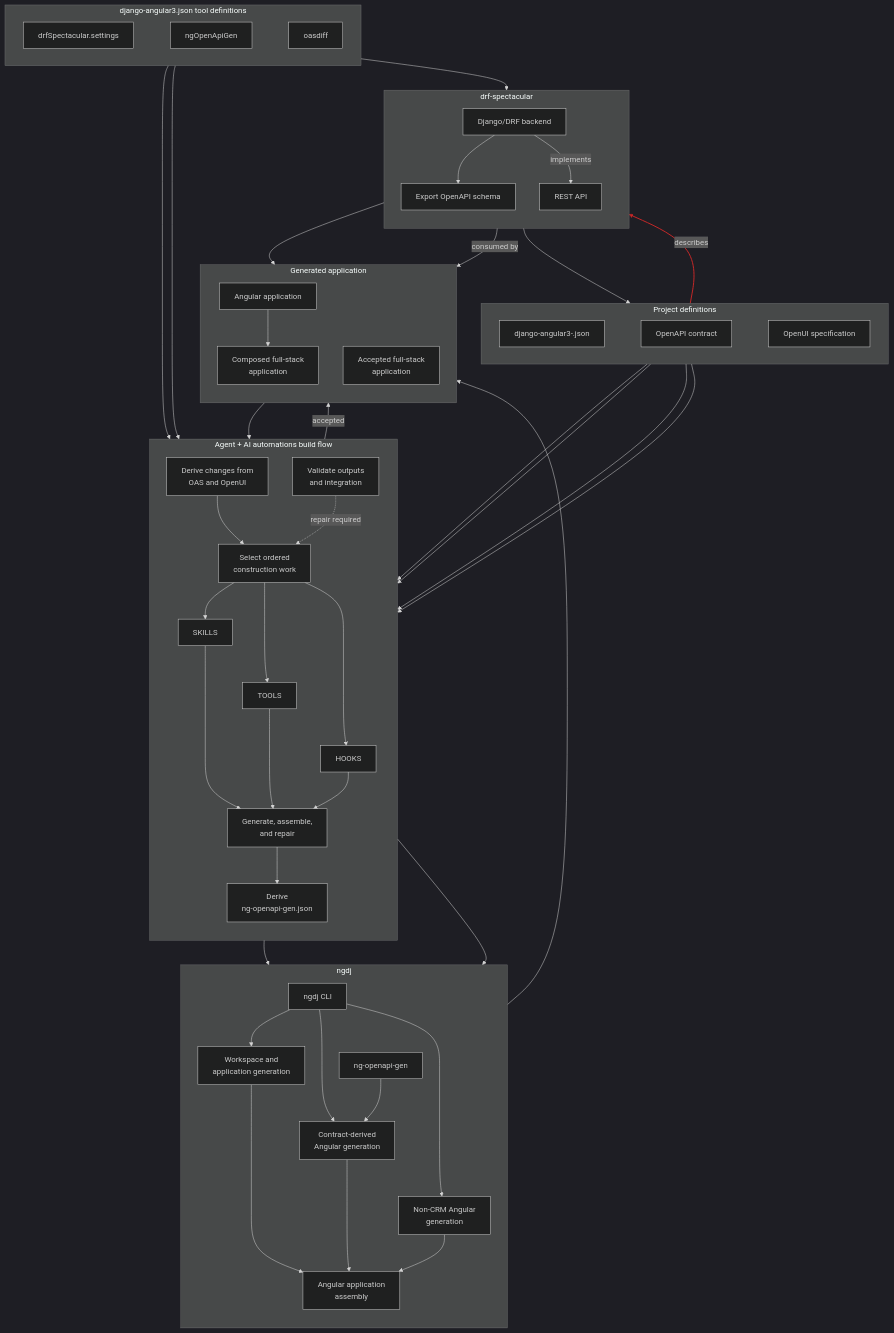
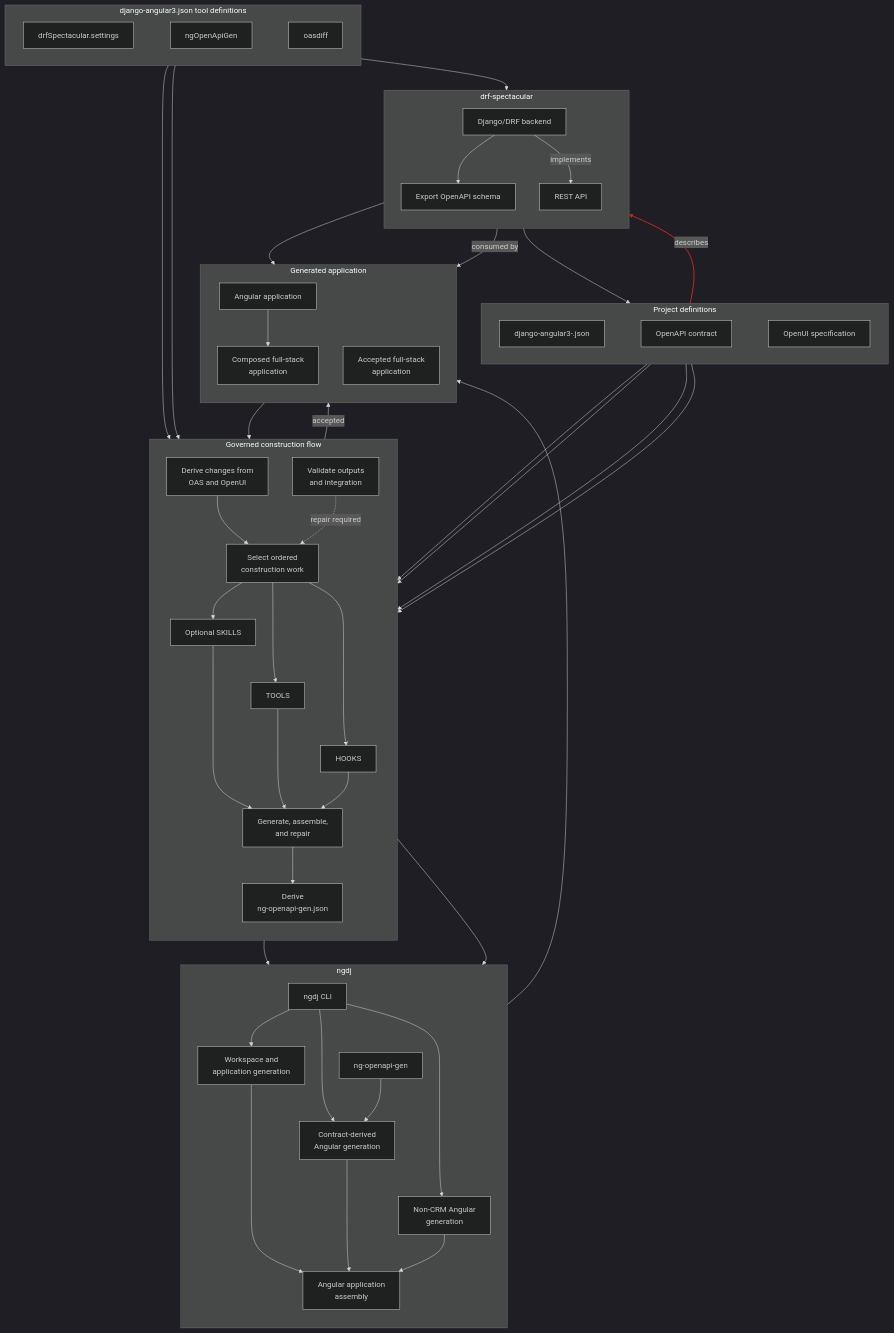
The first of 2 diagrams in doc/REQUIREMENTS.md (shlomoa/django-angular3), drawn with Mermaid (dark theme) before and after one commit. The commit also changed other lines of this file and 4 other files, not shown here.

```diff
--- a/doc/REQUIREMENTS.md
+++ b/doc/REQUIREMENTS.md
@@ -540,12 +540,12 @@
     BACKEND -->|implements| REST
   end
 
-  subgraph Agent["Agent + AI automations build flow"]
+  subgraph Construction["Governed construction flow"]
     direction TB
     DERIVE["Derive changes from<br/>OAS and OpenUI"]
     SELECT["Select ordered<br/>construction work"]
 
-    SKILLS["SKILLS"]
+    SKILLS["Optional SKILLS"]
     TOOLS["TOOLS"]
     HOOKS["HOOKS"]
 
```
